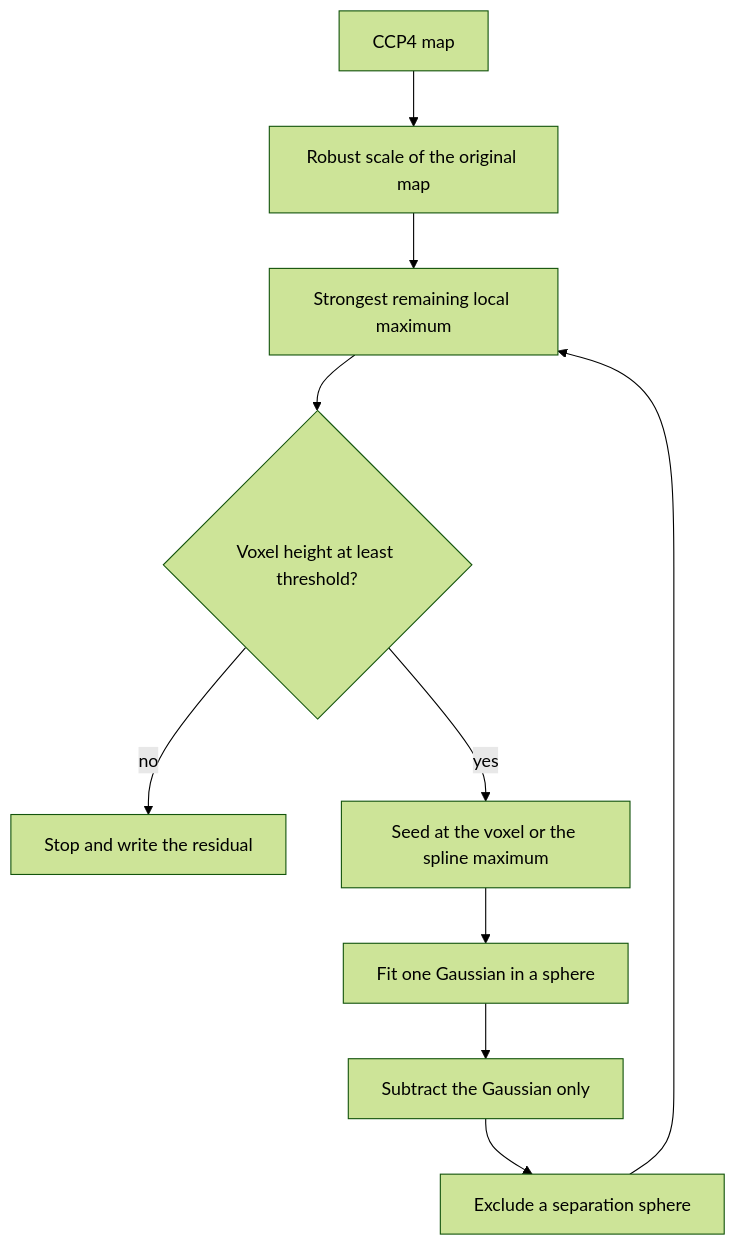
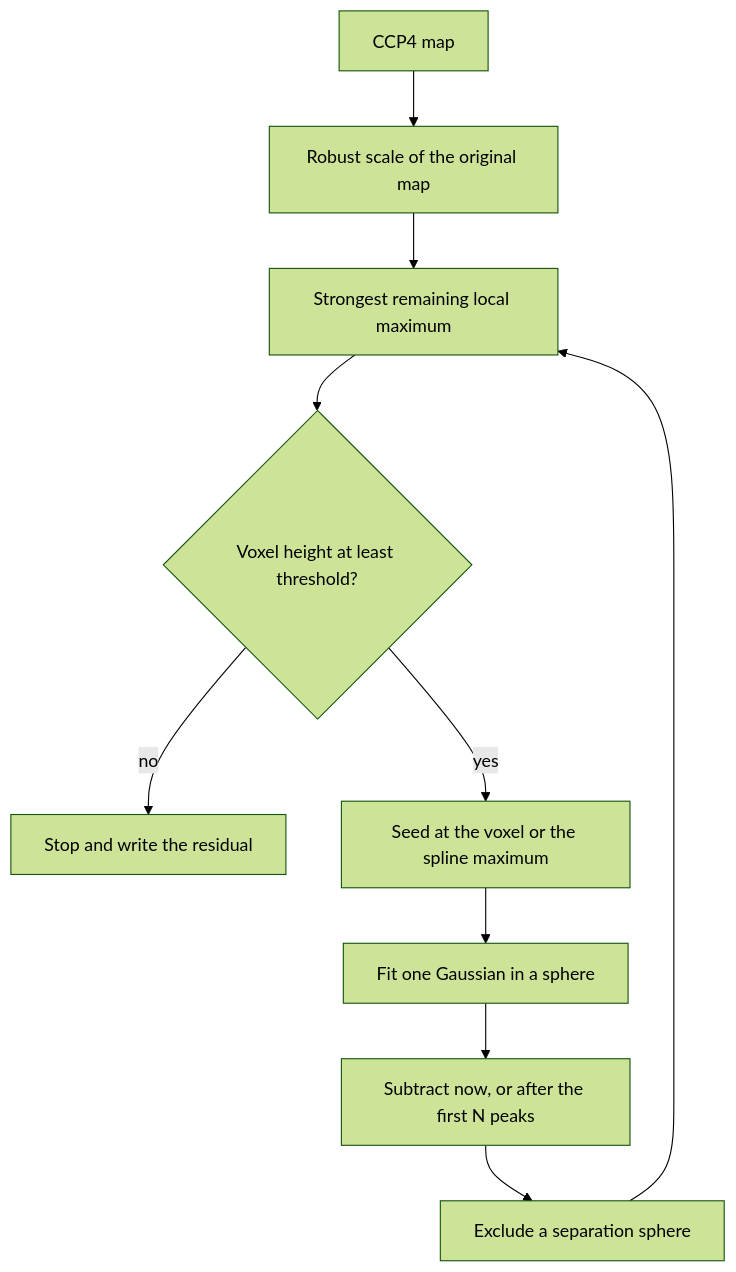
One commit to asouda/xfel-gaussian changed the second of 2 diagrams in docs/workflows.md. Above: the diagram before and after it, drawn with Mermaid (forest theme). The commit also changed other lines of this file and 7 other files, not shown here.

Commit message:
a few modifications to the sequantial workflow, allowing to use the original density for fitting the first N peaks

````diff
--- a/docs/workflows.md
+++ b/docs/workflows.md
@@ -70,12 +70,12 @@
 ```mermaid
 flowchart TD
   A[CCP4 map] --> B[Robust scale of the original map]
   B --> C[Strongest remaining local maximum]
   C --> D{Voxel height at least threshold?}
   D -->|no| E[Stop and write the residual]
   D -->|yes| S[Seed at the voxel or the spline maximum]
   S --> F[Fit one Gaussian in a sphere]
-  F --> G[Subtract the Gaussian only]
+  F --> G[Subtract now, or after the first N peaks]
   G --> H[Exclude a separation sphere]
   H --> C
 ```
````
